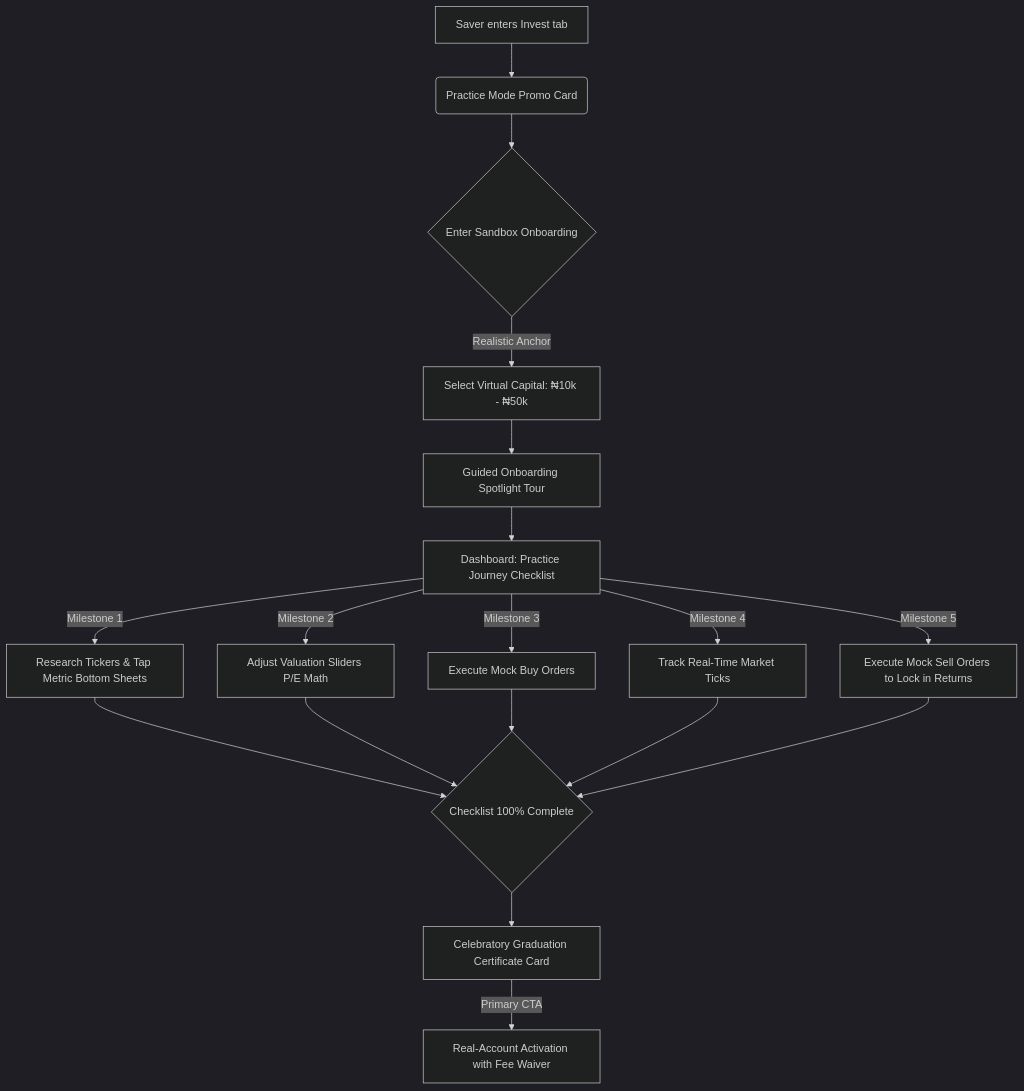
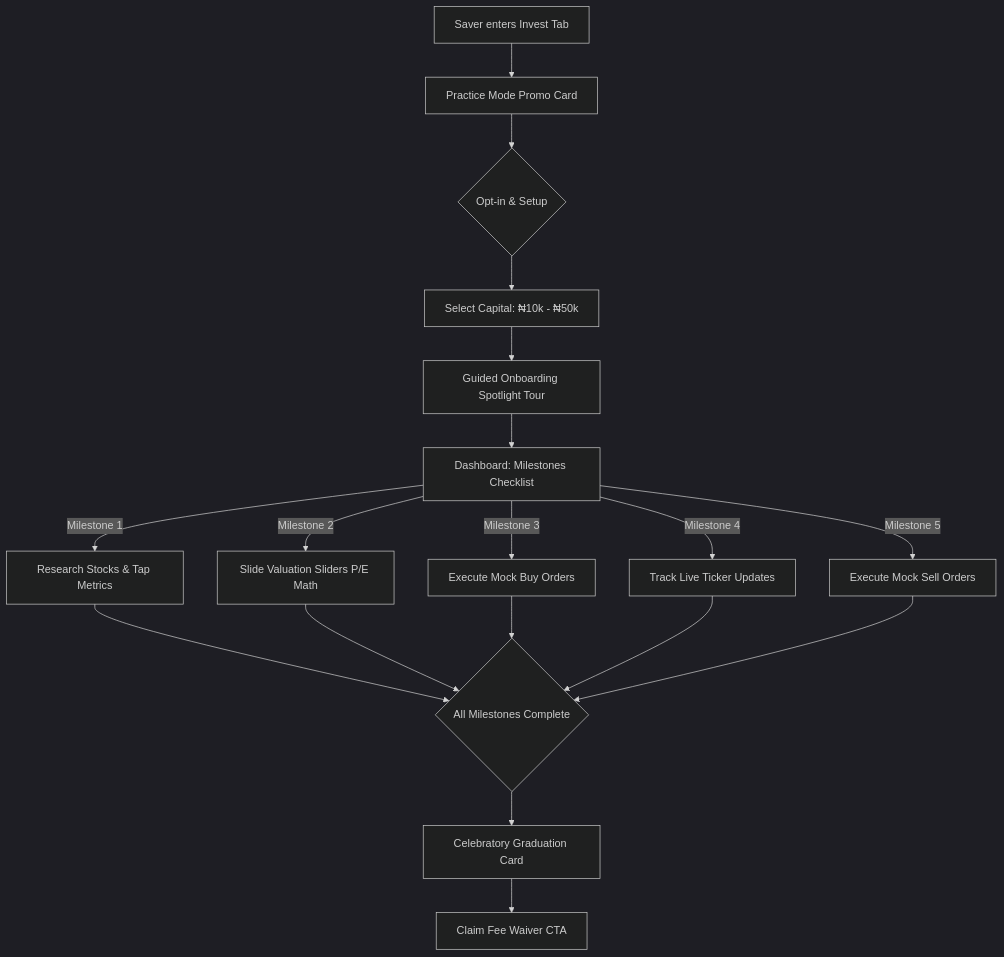
One commit to adisajoshua/papertradecowrywise changed the first of 2 diagrams in product_strategy.md. Above: the diagram before and after it, drawn with Mermaid (dark theme). The commit also changed other lines of this file, not shown here.

Commit message:
docs: restructure case study for LinkedIn with Mermaid journey, conversion funnel diagrams, and tone alignment

````diff
--- a/product_strategy.md
+++ b/product_strategy.md
@@ -32,16 +36,16 @@
 ```mermaid
 graph TD
-    A[Saver enters Invest tab] --> B(Practice Mode Promo Card)
-    B --> C{Enter Sandbox Onboarding}
-    C -->|Realistic Anchor| D[Select Virtual Capital: ₦10k - ₦50k]
+    A[Saver enters Invest Tab] --> B[Practice Mode Promo Card]
+    B --> C{Opt-in & Setup}
+    C --> D[Select Capital: ₦10k - ₦50k]
     D --> E[Guided Onboarding Spotlight Tour]
-    E --> F[Dashboard: Practice Journey Checklist]
-    F -->|Milestone 1| G[Research Tickers & Tap Metric Bottom Sheets]
-    F -->|Milestone 2| H[Adjust Valuation Sliders P/E Math]
+    E --> F[Dashboard: Milestones Checklist]
+    F -->|Milestone 1| G[Research Stocks & Tap Metrics]
+    F -->|Milestone 2| H[Slide Valuation Sliders P/E Math]
     F -->|Milestone 3| I[Execute Mock Buy Orders]
-    F -->|Milestone 4| J[Track Real-Time Market Ticks]
-    F -->|Milestone 5| K[Execute Mock Sell Orders to Lock in Returns]
-    G & H & I & J & K --> L{Checklist 100% Complete}
-    L --> M[Celebratory Graduation Certificate Card]
-    M -->|Primary CTA| N[Real-Account Activation with Fee Waiver]
+    F -->|Milestone 4| J[Track Live Ticker Updates]
+    F -->|Milestone 5| K[Execute Mock Sell Orders]
+    G & H & I & J & K --> L{All Milestones Complete}
+    L --> M[Celebratory Graduation Card]
+    M --> N[Claim Fee Waiver CTA]
 ```
````
